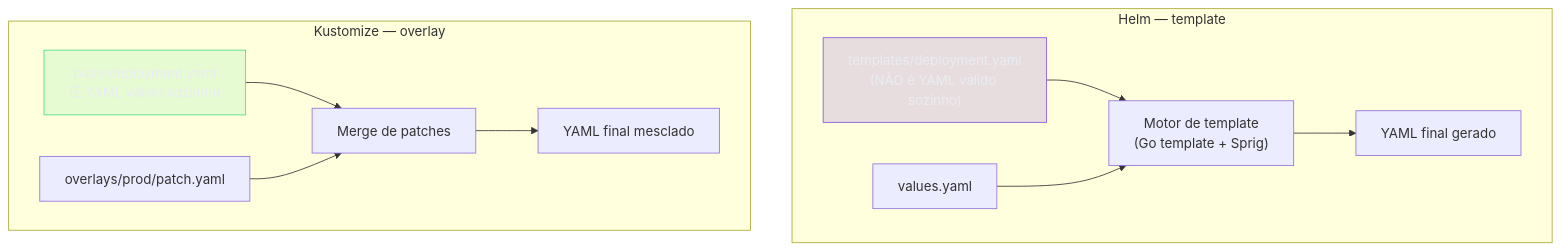
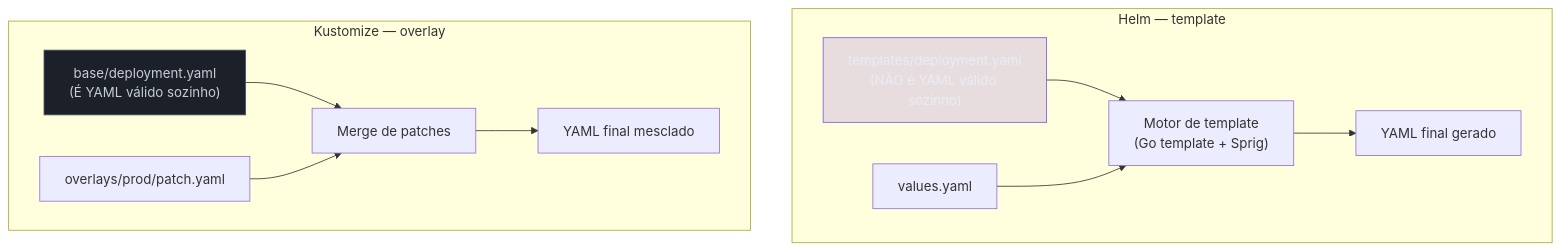
The diagram in 03-Dominios/Tecnologia/Infraestrutura/Kubernetes/14 - Helm e Kustomize.md (josenaldo/codex-technomanticus), drawn with Mermaid before and after one commit. The commit also changed 601 other files, not shown here.

````diff
--- a/03-Dominios/Tecnologia/Infraestrutura/Kubernetes/14 - Helm e Kustomize.md
+++ b/03-Dominios/Tecnologia/Infraestrutura/Kubernetes/14 - Helm e Kustomize.md
@@ -29,19 +29,19 @@
 ```mermaid
 graph TB
+    classDef neutro fill:#1B2029,stroke:#4E5666,color:#C6CCD8
     classDef marca fill:#8855DF33,stroke:#8855DF,color:#E9ECF2
-    classDef ok fill:#4ADE8021,stroke:#4ADE80,color:#E9ECF2
     subgraph Helm["Helm — template"]
         T["templates/deployment.yaml<br/>(NÃO é YAML válido sozinho)"] --> R["Motor de template<br/>(Go template + Sprig)"]
         V["values.yaml"] --> R
         R --> Y1["YAML final gerado"]
     end
 
     subgraph Kustomize["Kustomize — overlay"]
         B["base/deployment.yaml<br/>(É YAML válido sozinho)"] --> M["Merge de patches"]
         P["overlays/prod/patch.yaml"] --> M
         M --> Y2["YAML final mesclado"]
     end
 
     class T marca
-    class B ok
+    class B neutro
 ```
````
